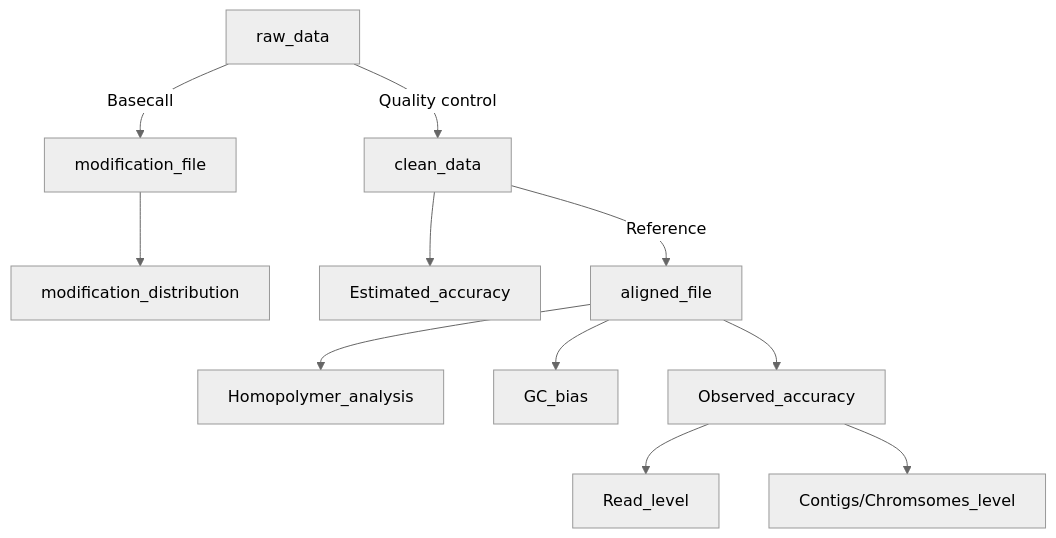
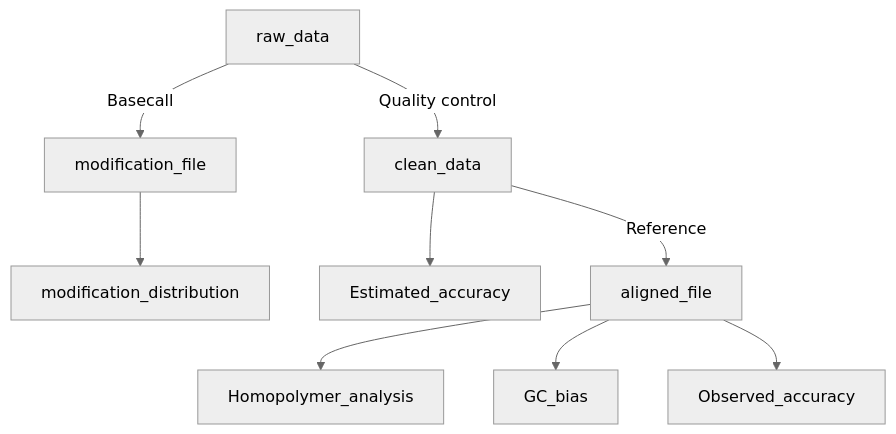
One commit to lxd98/Giraffe_View changed the diagram in README.md. Above: the diagram before and after it, drawn with Mermaid (neutral theme). The commit also changed other lines of this file, not shown here.

````diff
--- a/README.md
+++ b/README.md
@@ -7,13 +148,11 @@
 ```mermaid
 graph TD
 raw_data --> |Quality control| clean_data
 raw_data --> |Basecall| modification_file
 modification_file --> modification_distribution
 clean_data --> Estimated_accuracy
 clean_data --> |Reference| aligned_file
 aligned_file --> Homopolymer_analysis
 aligned_file --> GC_bias 
 aligned_file --> Observed_accuracy
-Observed_accuracy --> Read_level
-Observed_accuracy --> Contigs/Chromsomes_level
 ```
````
